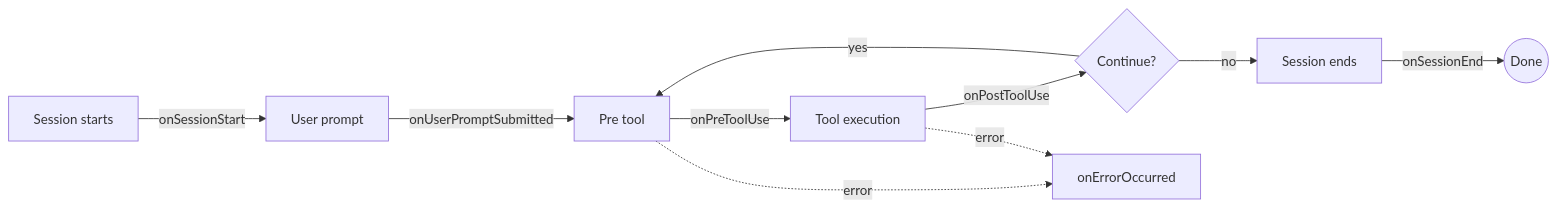
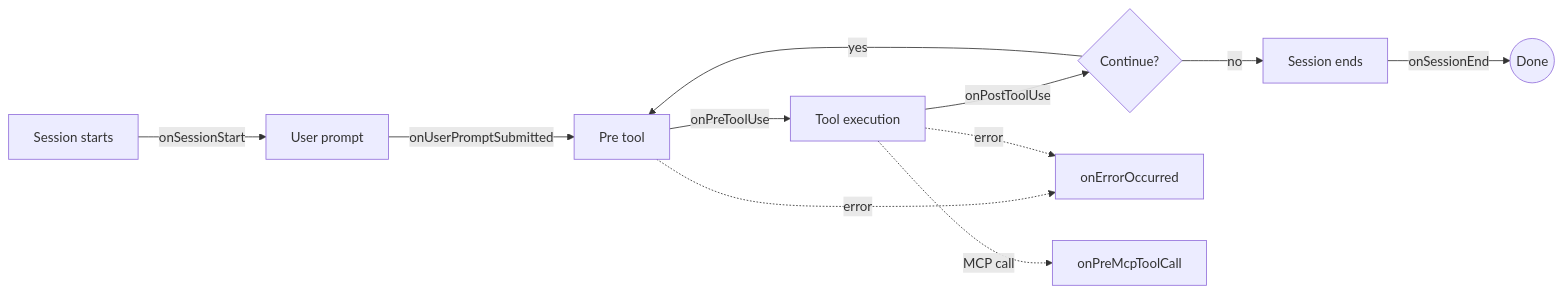
The diagram in docs/jp/hooks.md (invokable/laravel-copilot-sdk), drawn with Mermaid before and after one commit. The commit also changed other lines of this file and 8 other files, not shown here.

First line of the commit message:
Sync with copilot-sdk: add preMcpToolCall hook and runtime_instructions section (#149)

````diff
--- a/docs/jp/hooks.md
+++ b/docs/jp/hooks.md
@@ -8,12 +8,13 @@
 ```mermaid
 flowchart LR
     A[Session starts] -->|onSessionStart| B[User prompt]
     B -->|onUserPromptSubmitted| C[Pre tool]
     C -->|onPreToolUse| D[Tool execution]
     D -->|onPostToolUse| E{Continue?}
     E -->|yes| C
     E -->|no| F[Session ends]
     F -->|onSessionEnd| G((Done))
     C -. error .-> H[onErrorOccurred]
     D -. error .-> H
+    D -.MCP call.-> I[onPreMcpToolCall]
 ```
````
